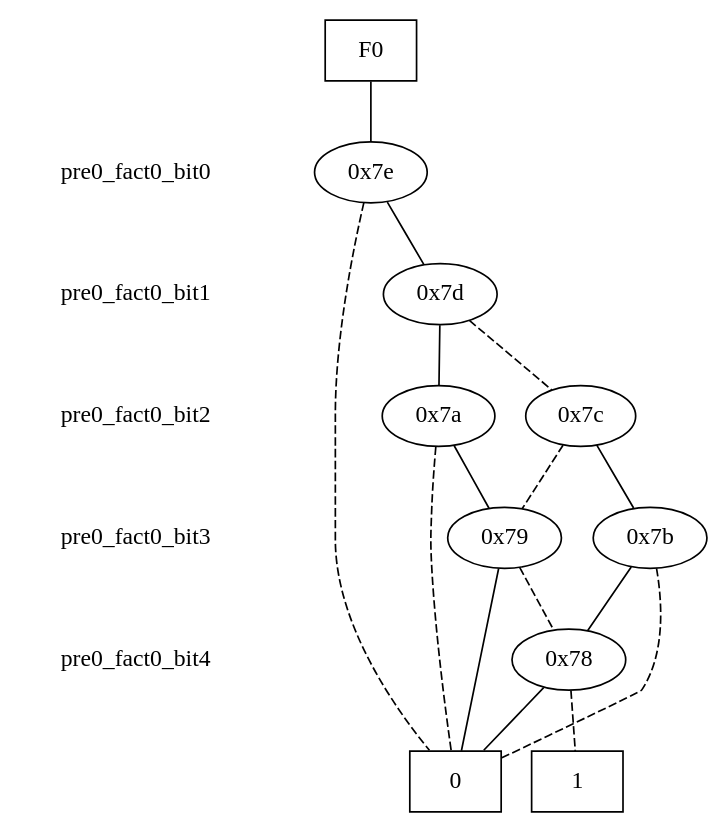
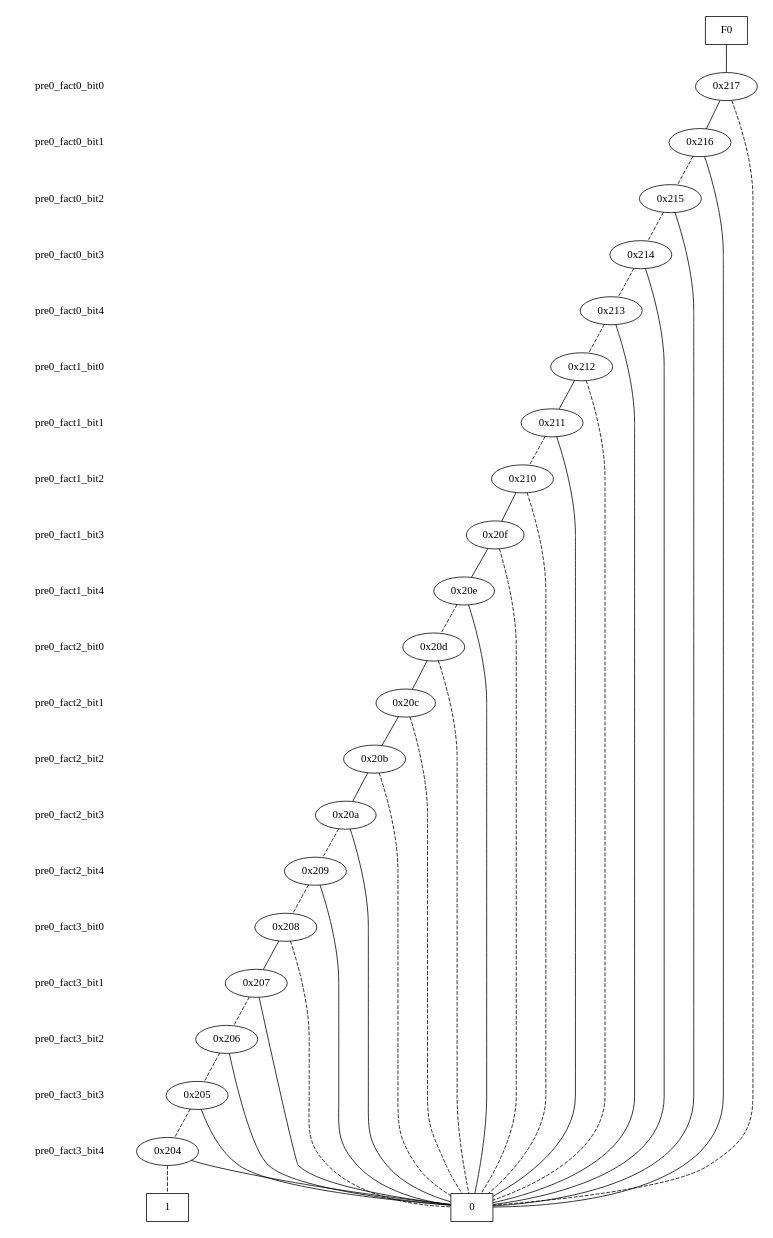
The diagram in goal.dot (galvusdamor/downward-hm), drawn with Graphviz before and after one commit. The commit also changed 4 other files, not shown here.

```diff
--- a/goal.dot
+++ b/goal.dot
@@ -1,51 +1,120 @@
 digraph "DD" {
 size = "7.5,10"
 center = true;
 edge [dir = none];
 { node [shape = plaintext];
   edge [style = invis];
   "CONST NODES" [style = invis];
-" pre0_fact0_bit0 " -> " pre0_fact0_bit1 " -> " pre0_fact0_bit2 " -> " pre0_fact0_bit3 " -> " pre0_fact0_bit4 " -> "CONST NODES"; 
+" pre0_fact0_bit0 " -> " pre0_fact0_bit1 " -> " pre0_fact0_bit2 " -> " pre0_fact0_bit3 " -> " pre0_fact0_bit4 " -> " pre0_fact1_bit0 " -> " pre0_fact1_bit1 " -> " pre0_fact1_bit2 " -> " pre0_fact1_bit3 " -> " pre0_fact1_bit4 " -> " pre0_fact2_bit0 " -> " pre0_fact2_bit1 " -> " pre0_fact2_bit2 " -> " pre0_fact2_bit3 " -> " pre0_fact2_bit4 " -> " pre0_fact3_bit0 " -> " pre0_fact3_bit1 " -> " pre0_fact3_bit2 " -> " pre0_fact3_bit3 " -> " pre0_fact3_bit4 " -> "CONST NODES"; 
 }
 { rank = same; node [shape = box]; edge [style = invis];
 "F0"; }
 { rank = same; " pre0_fact0_bit0 ";
-"0x7e";
+"0x217";
 }
 { rank = same; " pre0_fact0_bit1 ";
-"0x7d";
+"0x216";
 }
 { rank = same; " pre0_fact0_bit2 ";
-"0x7a";
-"0x7c";
+"0x215";
 }
 { rank = same; " pre0_fact0_bit3 ";
-"0x79";
-"0x7b";
+"0x214";
 }
 { rank = same; " pre0_fact0_bit4 ";
-"0x78";
+"0x213";
+}
+{ rank = same; " pre0_fact1_bit0 ";
+"0x212";
+}
+{ rank = same; " pre0_fact1_bit1 ";
+"0x211";
+}
+{ rank = same; " pre0_fact1_bit2 ";
+"0x210";
+}
+{ rank = same; " pre0_fact1_bit3 ";
+"0x20f";
+}
+{ rank = same; " pre0_fact1_bit4 ";
+"0x20e";
+}
+{ rank = same; " pre0_fact2_bit0 ";
+"0x20d";
+}
+{ rank = same; " pre0_fact2_bit1 ";
+"0x20c";
+}
+{ rank = same; " pre0_fact2_bit2 ";
+"0x20b";
+}
+{ rank = same; " pre0_fact2_bit3 ";
+"0x20a";
+}
+{ rank = same; " pre0_fact2_bit4 ";
+"0x209";
+}
+{ rank = same; " pre0_fact3_bit0 ";
+"0x208";
+}
+{ rank = same; " pre0_fact3_bit1 ";
+"0x207";
+}
+{ rank = same; " pre0_fact3_bit2 ";
+"0x206";
+}
+{ rank = same; " pre0_fact3_bit3 ";
+"0x205";
+}
+{ rank = same; " pre0_fact3_bit4 ";
+"0x204";
 }
 { rank = same; "CONST NODES";
-{ node [shape = box]; "0x4a";
-"0x49";
+{ node [shape = box]; "0x10b";
+"0x10a";
 }
 }
-"F0" -> "0x7e" [style = solid];
-"0x7e" -> "0x7d";
-"0x7e" -> "0x4a" [style = dashed];
-"0x7d" -> "0x7a";
-"0x7d" -> "0x7c" [style = dashed];
-"0x7a" -> "0x79";
-"0x7a" -> "0x4a" [style = dashed];
-"0x7c" -> "0x7b";
-"0x7c" -> "0x79" [style = dashed];
-"0x79" -> "0x4a";
-"0x79" -> "0x78" [style = dashed];
-"0x7b" -> "0x78";
-"0x7b" -> "0x4a" [style = dashed];
-"0x78" -> "0x4a";
-"0x78" -> "0x49" [style = dashed];
-"0x4a" [label = "0"];
-"0x49" [label = "1"];
+"F0" -> "0x217" [style = solid];
+"0x217" -> "0x216";
+"0x217" -> "0x10b" [style = dashed];
+"0x216" -> "0x10b";
+"0x216" -> "0x215" [style = dashed];
+"0x215" -> "0x10b";
+"0x215" -> "0x214" [style = dashed];
+"0x214" -> "0x10b";
+"0x214" -> "0x213" [style = dashed];
+"0x213" -> "0x10b";
+"0x213" -> "0x212" [style = dashed];
+"0x212" -> "0x211";
+"0x212" -> "0x10b" [style = dashed];
+"0x211" -> "0x10b";
+"0x211" -> "0x210" [style = dashed];
+"0x210" -> "0x20f";
+"0x210" -> "0x10b" [style = dashed];
+"0x20f" -> "0x20e";
+"0x20f" -> "0x10b" [style = dashed];
+"0x20e" -> "0x10b";
+"0x20e" -> "0x20d" [style = dashed];
+"0x20d" -> "0x20c";
+"0x20d" -> "0x10b" [style = dashed];
+"0x20c" -> "0x20b";
+"0x20c" -> "0x10b" [style = dashed];
+"0x20b" -> "0x20a";
+"0x20b" -> "0x10b" [style = dashed];
+"0x20a" -> "0x10b";
+"0x20a" -> "0x209" [style = dashed];
+"0x209" -> "0x10b";
+"0x209" -> "0x208" [style = dashed];
+"0x208" -> "0x207";
+"0x208" -> "0x10b" [style = dashed];
+"0x207" -> "0x10b";
+"0x207" -> "0x206" [style = dashed];
+"0x206" -> "0x10b";
+"0x206" -> "0x205" [style = dashed];
+"0x205" -> "0x10b";
+"0x205" -> "0x204" [style = dashed];
+"0x204" -> "0x10b";
+"0x204" -> "0x10a" [style = dashed];
+"0x10b" [label = "0"];
+"0x10a" [label = "1"];
 }
```
